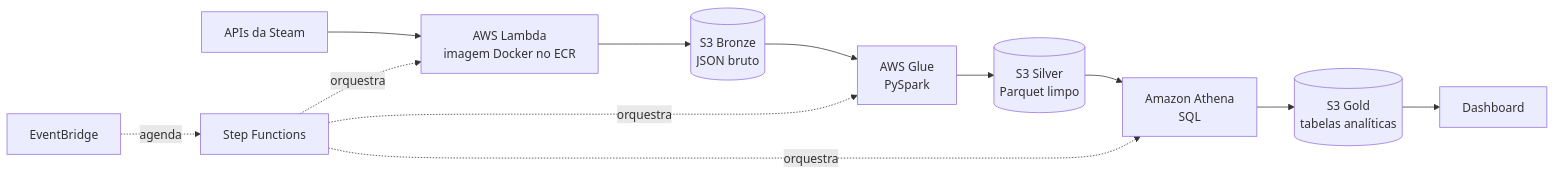
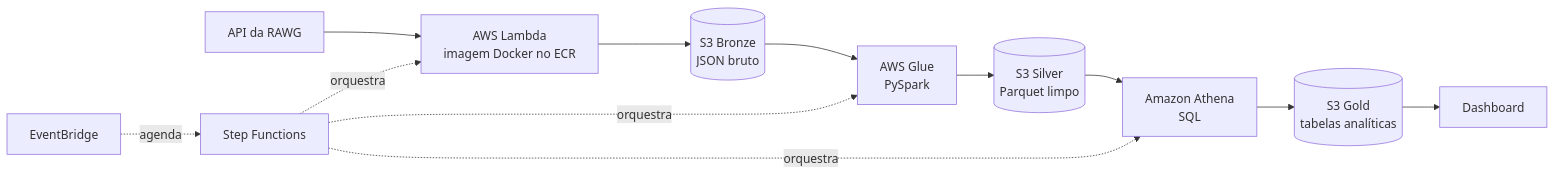
The diagram in README.md (Matheus0208/game-analysis), drawn with Mermaid before and after one commit. The commit also changed other lines of this file, not shown here.

````diff
--- a/README.md
+++ b/README.md
@@ -29,15 +37,15 @@
 ```mermaid
 flowchart LR
-    A[APIs da Steam] --> B[AWS Lambda<br/>imagem Docker no ECR]
+    A[API da RAWG] --> B[AWS Lambda<br/>imagem Docker no ECR]
     B --> C[(S3 Bronze<br/>JSON bruto)]
     C --> D[AWS Glue<br/>PySpark]
     D --> E[(S3 Silver<br/>Parquet limpo)]
     E --> F[Amazon Athena<br/>SQL]
     F --> G[(S3 Gold<br/>tabelas analíticas)]
     G --> H[Dashboard]
 
     I[EventBridge] -.agenda.-> J[Step Functions]
     J -.orquestra.-> B
     J -.orquestra.-> D
     J -.orquestra.-> F
 ```
````
